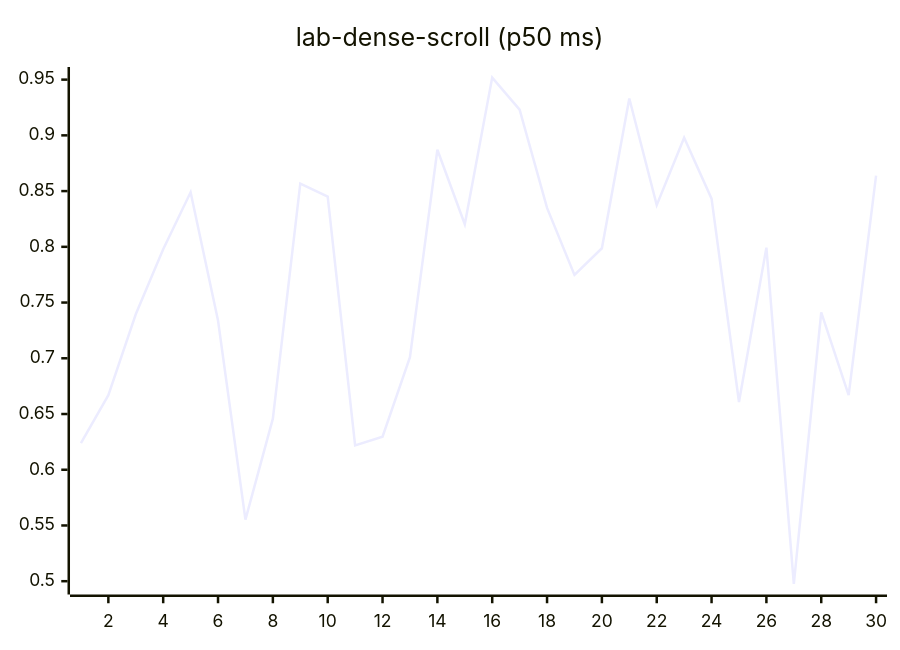
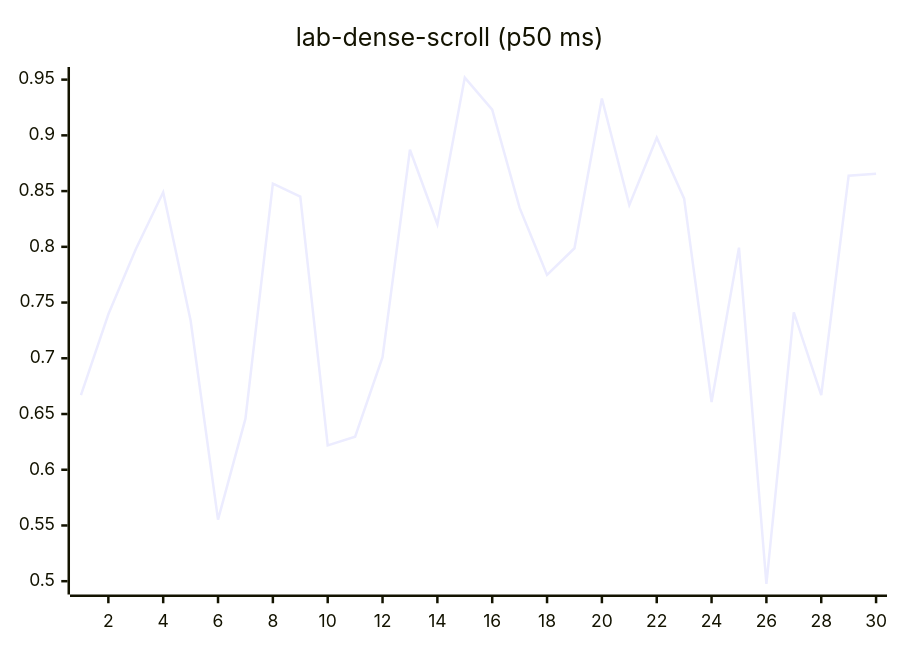
Before and after one commit to josha/Facet: diagram 12 of 27 in README.md, drawn with Mermaid. The commit also changed other lines of this file and 2 other files, not shown here.

````diff
--- a/README.md
+++ b/README.md
@@ -140,6 +140,6 @@
 ```mermaid
 xychart-beta
     title "lab-dense-scroll (p50 ms)"
     x-axis 1 --> 30
-    line [0.6238, 0.6669, 0.7395, 0.7979, 0.8489, 0.7339, 0.5552, 0.6458, 0.8568, 0.8450, 0.6219, 0.6297, 0.7010, 0.8871, 0.8203, 0.9518, 0.9230, 0.8349, 0.7748, 0.7987, 0.9331, 0.8374, 0.8979, 0.8432, 0.6608, 0.7993, 0.4976, 0.7412, 0.6669, 0.8638]
+    line [0.6669, 0.7395, 0.7979, 0.8489, 0.7339, 0.5552, 0.6458, 0.8568, 0.8450, 0.6219, 0.6297, 0.7010, 0.8871, 0.8203, 0.9518, 0.9230, 0.8349, 0.7748, 0.7987, 0.9331, 0.8374, 0.8979, 0.8432, 0.6608, 0.7993, 0.4976, 0.7412, 0.6669, 0.8638, 0.8655]
 ```
````
